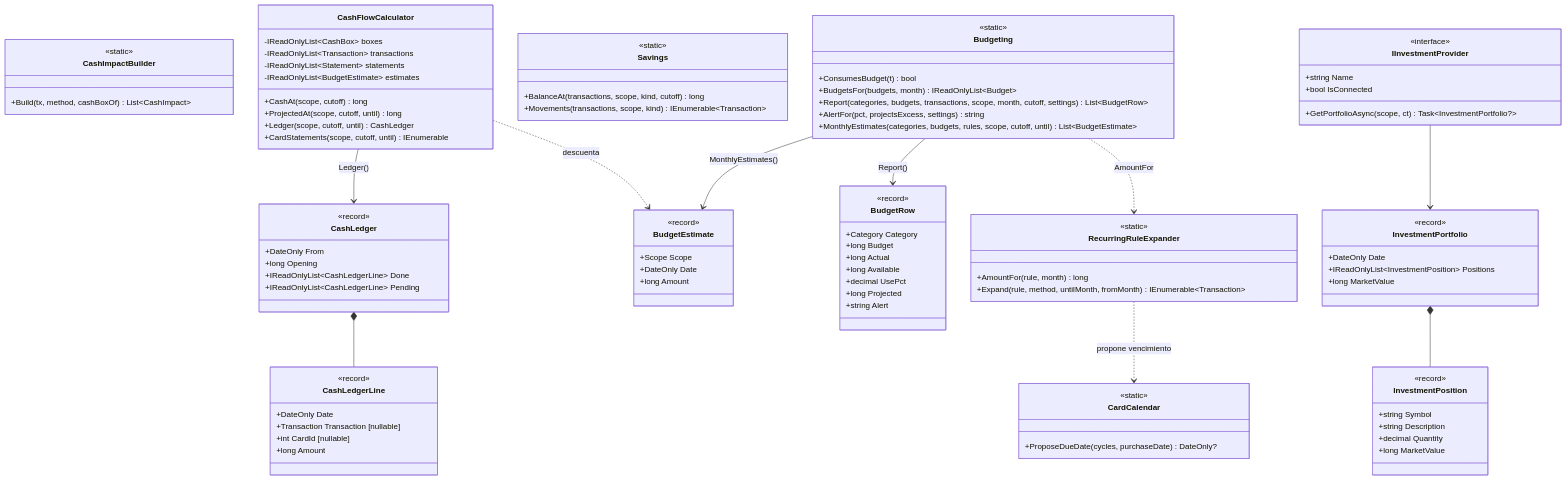
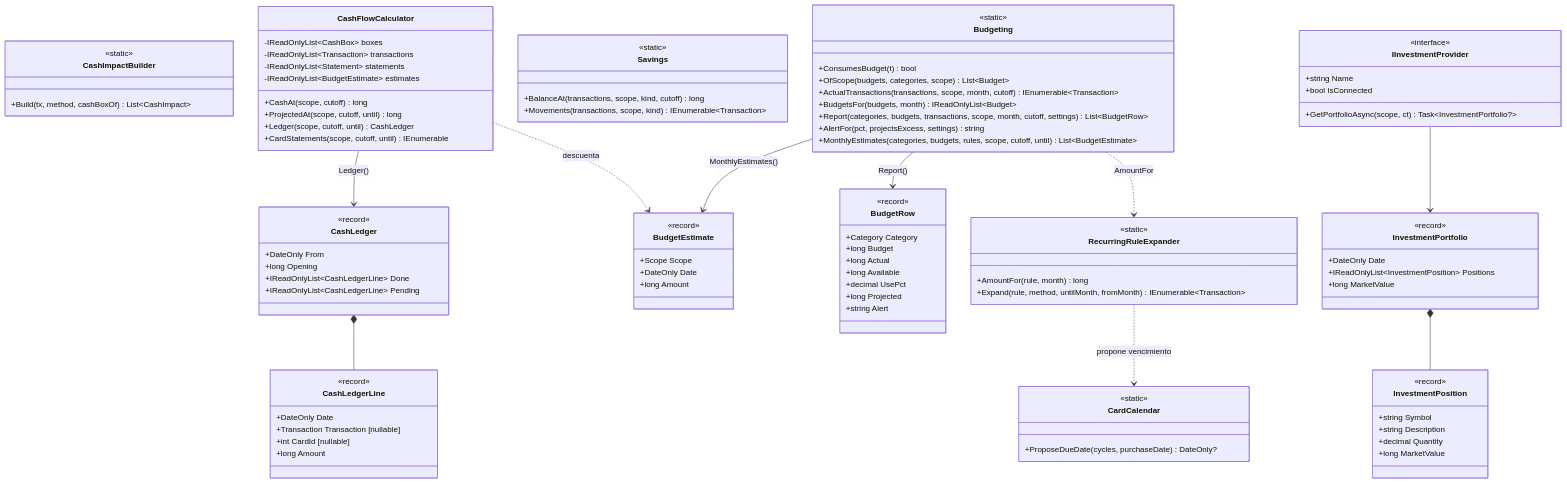
Before and after one commit to pmarcore/mis_finanzas_app: the third of 4 diagrams in docs/clases-backend.md, drawn with Mermaid. The commit also changed 14 other files, not shown here.

```diff
--- a/docs/clases-backend.md
+++ b/docs/clases-backend.md
@@ -253,6 +253,8 @@
     class Budgeting {
         <<static>>
         +ConsumesBudget(t) bool
+        +OfScope(budgets, categories, scope) List~Budget~
+        +ActualTransactions(transactions, scope, month, cutoff) IEnumerable~Transaction~
         +BudgetsFor(budgets, month) IReadOnlyList~Budget~
         +Report(categories, budgets, transactions, scope, month, cutoff, settings) List~BudgetRow~
         +AlertFor(pct, projectsExcess, settings) string
```
